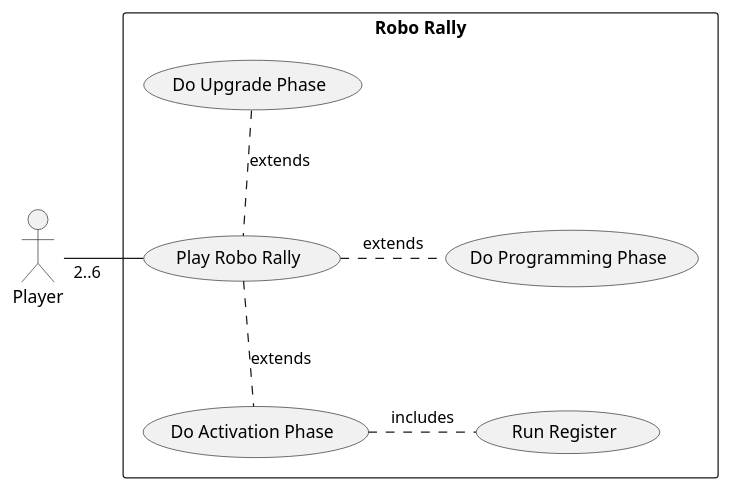
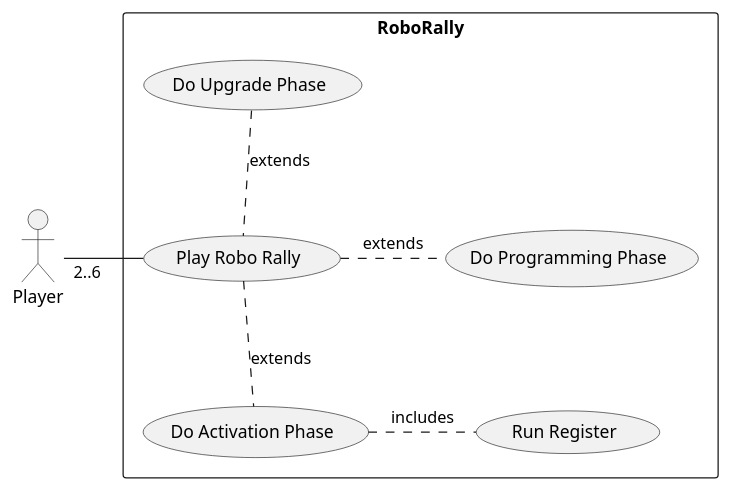
Before and after one commit to MikaelFangel/RoboRally: the diagram in diagrams/uc_diagram.puml, drawn with PlantUML. The commit also changed 1 other file, not shown here.

Commit message:
updated use case diagrams

```diff
--- a/diagrams/uc_diagram.puml
+++ b/diagrams/uc_diagram.puml
@@ -1,16 +1,16 @@
 @startuml
-rectangle "Robo Rally" {
+rectangle "RoboRally" {
     usecase (Play Robo Rally) as play
     usecase (Do Upgrade Phase) as phase1
     usecase (Do Programming Phase) as phase2
     usecase (Do Activation Phase) as phase3
     usecase (Run Register) as phase3sub
 }
 
 Player "2..6" -r- play : \t
 
 phase1 .d. play : extends
 phase2 .l. play : extends
 phase3 .u. play : extends
 phase3 .r. phase3sub : includes
 @enduml
```
